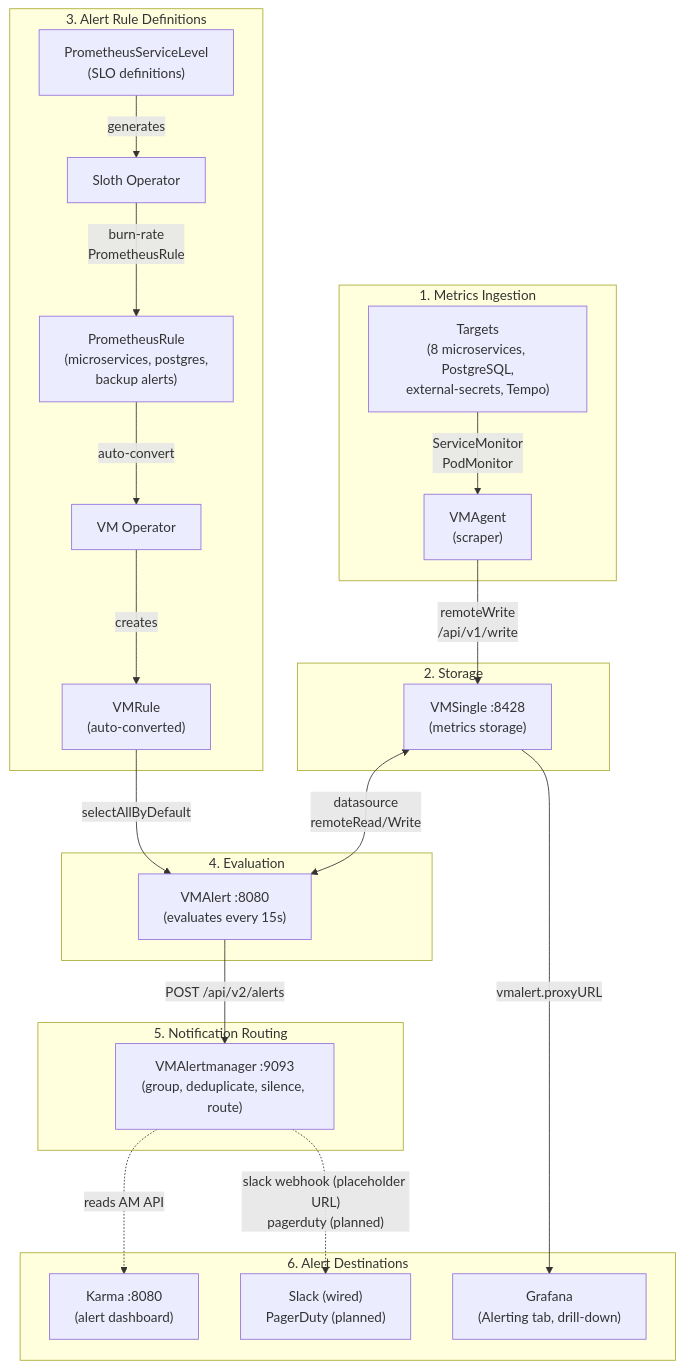
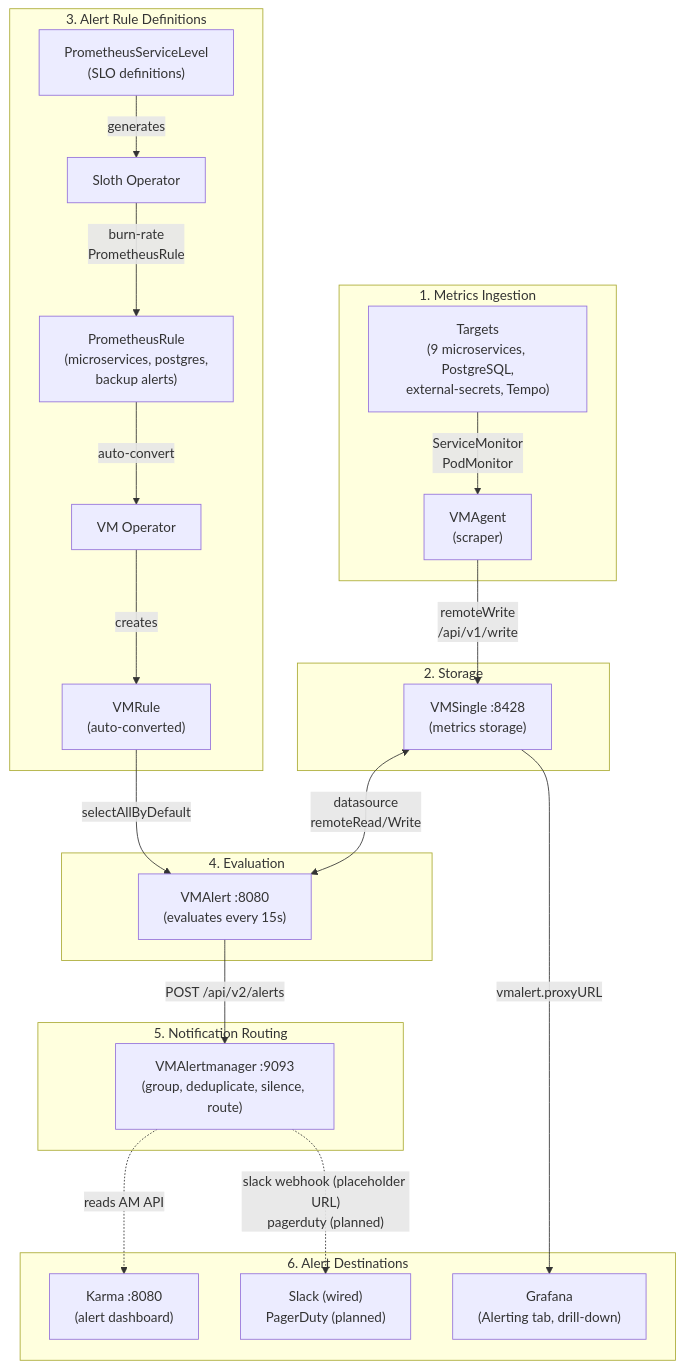
One commit to duynhlab/homelab changed the first of 3 diagrams in docs/observability/alerting/README.md. Above: the diagram before and after it, drawn with Mermaid. The commit also changed other lines of this file and 43 other files, not shown here.

````diff
--- a/docs/observability/alerting/README.md
+++ b/docs/observability/alerting/README.md
@@ -9,47 +9,47 @@
 ```mermaid
 flowchart TD
     subgraph ingestion ["1. Metrics Ingestion"]
-        Targets["Targets<br/>(8 microservices, PostgreSQL,<br/>external-secrets, Tempo)"]
+        Targets["Targets<br/>(9 microservices, PostgreSQL,<br/>external-secrets, Tempo)"]
         VMAgent["VMAgent<br/>(scraper)"]
         Targets -->|"ServiceMonitor<br/>PodMonitor"| VMAgent
     end
 
     subgraph storage ["2. Storage"]
         VMSingle["VMSingle :8428<br/>(metrics storage)"]
         VMAgent -->|"remoteWrite<br/>/api/v1/write"| VMSingle
     end
 
     subgraph rules ["3. Alert Rule Definitions"]
         PR["PrometheusRule<br/>(microservices, postgres,<br/>backup alerts)"]
         PSL["PrometheusServiceLevel<br/>(SLO definitions)"]
         Sloth["Sloth Operator"]
         VMOp["VM Operator"]
         VMRule["VMRule<br/>(auto-converted)"]
 
         PSL -->|generates| Sloth
         Sloth -->|"burn-rate<br/>PrometheusRule"| PR
         PR -->|auto-convert| VMOp
         VMOp -->|creates| VMRule
     end
 
     subgraph evaluation ["4. Evaluation"]
         VMAlert["VMAlert :8080<br/>(evaluates every 15s)"]
         VMRule -->|selectAllByDefault| VMAlert
         VMSingle <-->|"datasource<br/>remoteRead/Write"| VMAlert
     end
 
     subgraph notification ["5. Notification Routing"]
         VMAM["VMAlertmanager :9093<br/>(group, deduplicate, silence, route)"]
         VMAlert -->|"POST /api/v2/alerts"| VMAM
     end
 
     subgraph destinations ["6. Alert Destinations"]
         Karma["Karma :8080<br/>(alert dashboard)"]
         Grafana["Grafana<br/>(Alerting tab, drill-down)"]
         Slack["Slack (wired)<br/>PagerDuty (planned)"]
 
         VMAM -.->|"reads AM API"| Karma
         VMSingle -->|"vmalert.proxyURL"| Grafana
         VMAM -.->|"slack webhook (placeholder URL)<br/>pagerduty (planned)"| Slack
     end
 ```
````
